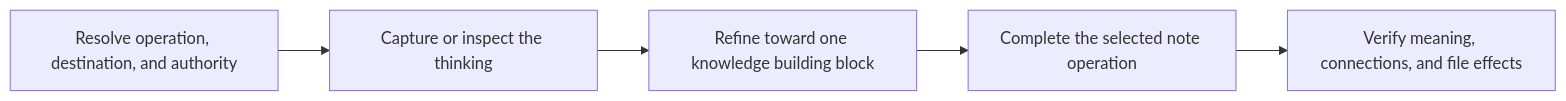
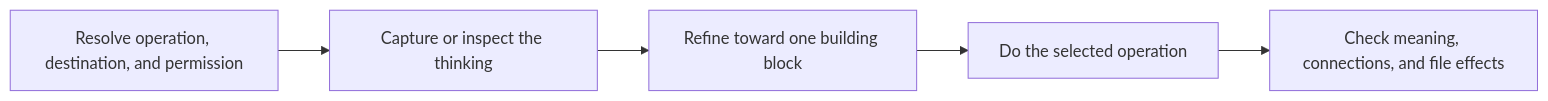
The diagram in plugin/skills/ptlam-creating-atomic-note/SKILL.md (fam-tung-lam/ptlam-agent-plugin), drawn with Mermaid before and after one commit. The commit also changed other lines of this file and 1734 other files, not shown here.

````diff
--- a/plugin/skills/ptlam-creating-atomic-note/SKILL.md
+++ b/plugin/skills/ptlam-creating-atomic-note/SKILL.md
@@ -11,7 +11,7 @@
 ```mermaid
 flowchart LR
-    ResolveRequest["Resolve operation, destination, and authority"] --> CaptureThinking["Capture or inspect the thinking"]
-    CaptureThinking --> RefineBuildingBlock["Refine toward one knowledge building block"]
-    RefineBuildingBlock --> RunOperation["Complete the selected note operation"]
-    RunOperation --> VerifyNotes["Verify meaning, connections, and file effects"]
+    ResolveRequest["Resolve operation, destination, and permission"] --> CaptureThinking["Capture or inspect the thinking"]
+    CaptureThinking --> RefineBuildingBlock["Refine toward one building block"]
+    RefineBuildingBlock --> RunOperation["Do the selected operation"]
+    RunOperation --> VerifyNotes["Check meaning, connections, and file effects"]
 ```
````
